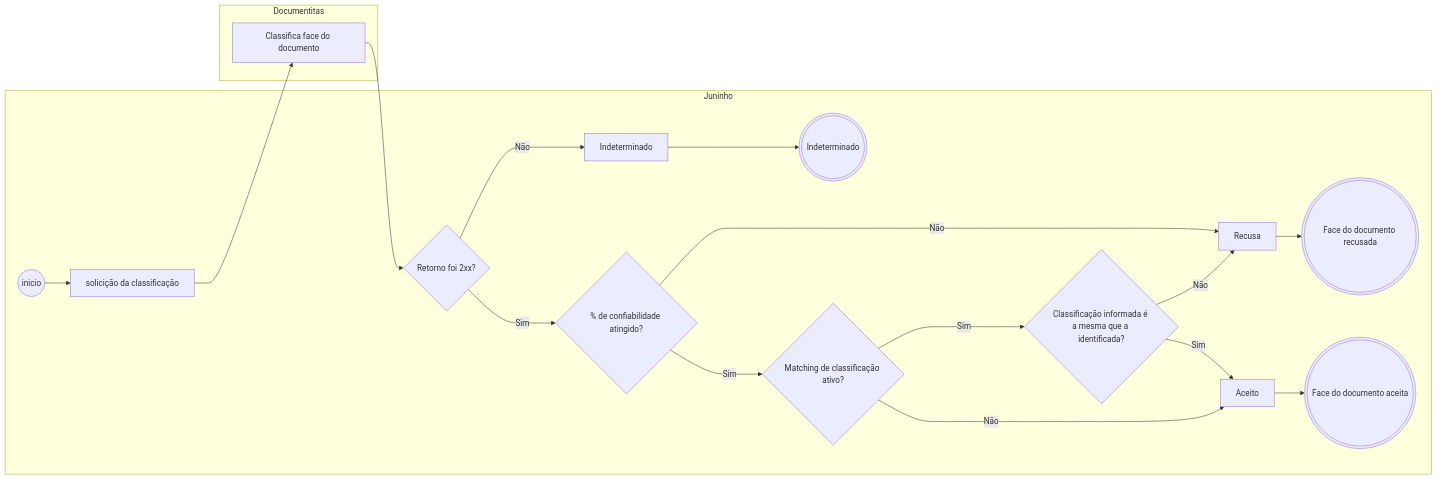
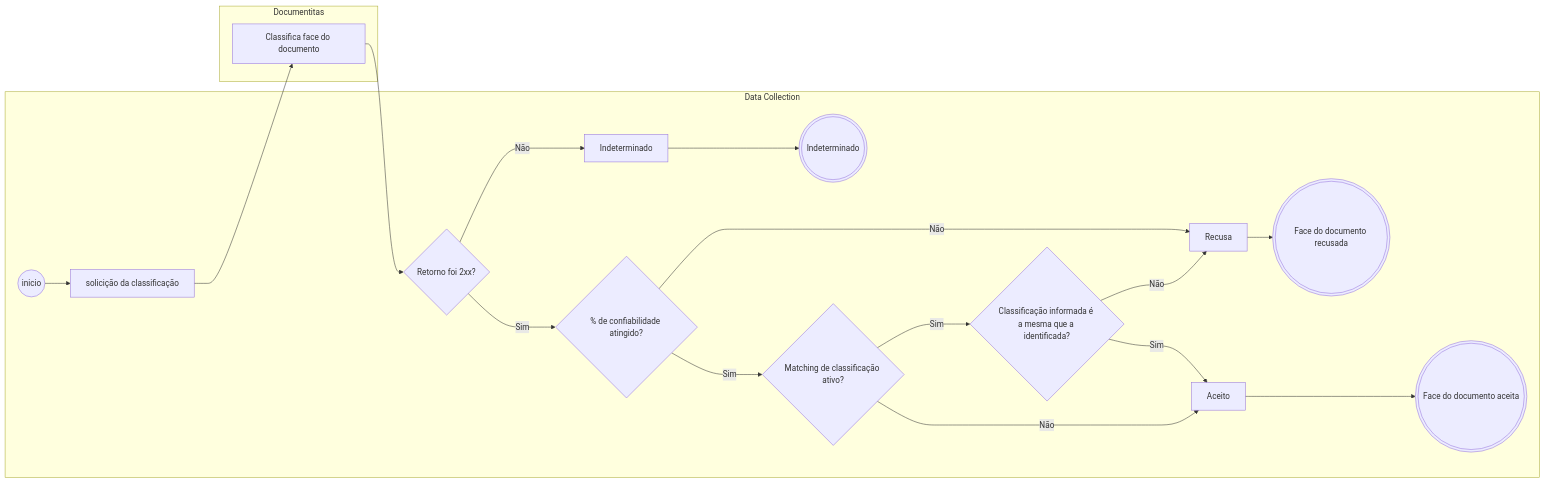
One commit to Washington-bezerra/teste changed the diagram in README.md. Above: the diagram before and after it, drawn with Mermaid.

````diff
--- a/README.md
+++ b/README.md
@@ -2,21 +2,21 @@
 ```mermaid
 flowchart LR
-    subgraph Juninho
+    subgraph Data Collection
         j1((inicio))-->j2[solicição da classificação]
         j3{Retorno foi 2xx?}
         j3--->|Não| j5[Indeterminado] ---> j6(((Indeterminado)))
         j3--->|Sim| j7{% de confiabilidade atingido?}
-        j7-->|Não| j8[Recusa] --> j9(((Face do documento recusada)))
+        j7--->|Não| j8[Recusa] --> j9(((Face do documento recusada)))
         j7--->|Sim| j10{Matching de classificação ativo?}
-        j10---->|Sim| j11{Classificação informada é a mesma que a identificada?}
-        j10-->|Não| j12
-        j11-->|Não| j8
-        j11-->|Sim| j12[Aceito]
-        j12-->j13(((Face do documento aceita)))
+        j10--->|Sim| j11{Classificação informada é a mesma que a identificada?}
+        j10--->|Não| j12
+        j11--->|Não| j8
+        j11--->|Sim| j12[Aceito]
+        j12--->j13(((Face do documento aceita)))
     end
 
     subgraph Documentitas
     j2 --> d2[Classifica face do documento]
     d2-->j3
     end
 ```
````
